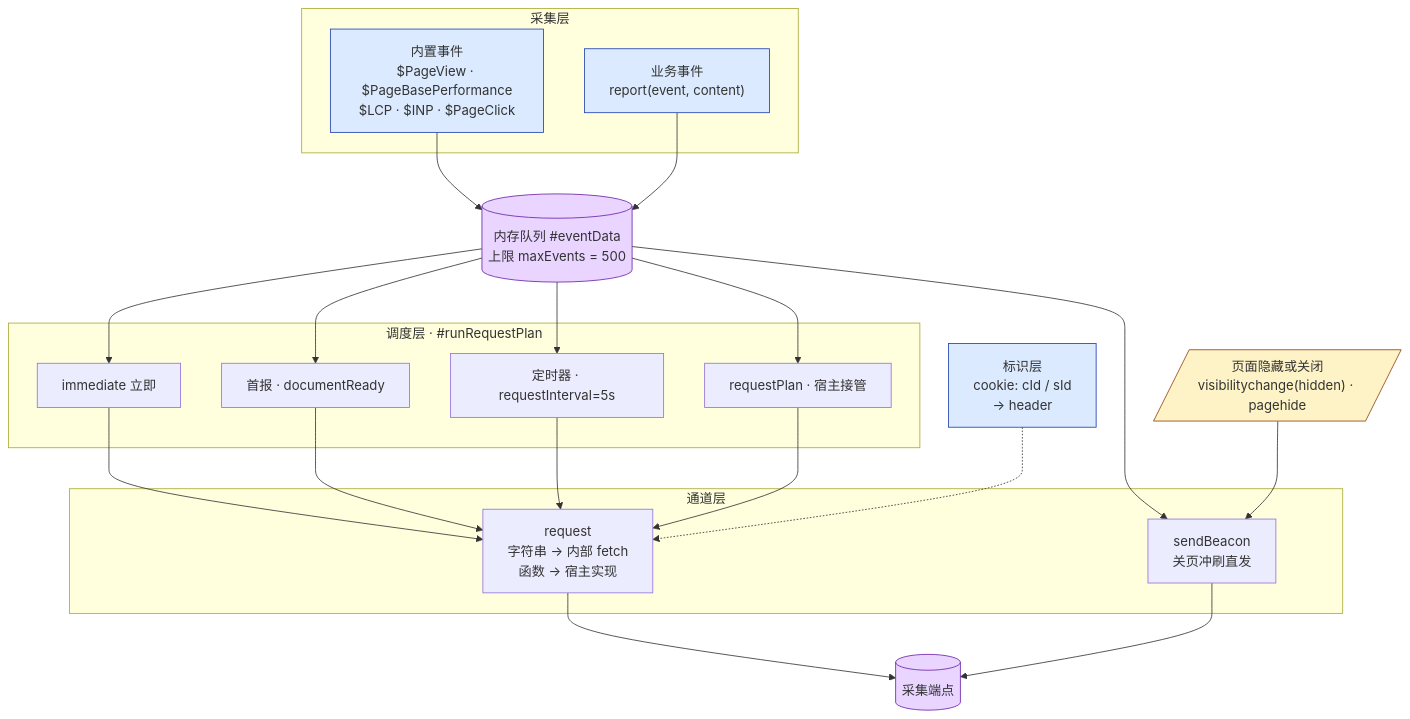
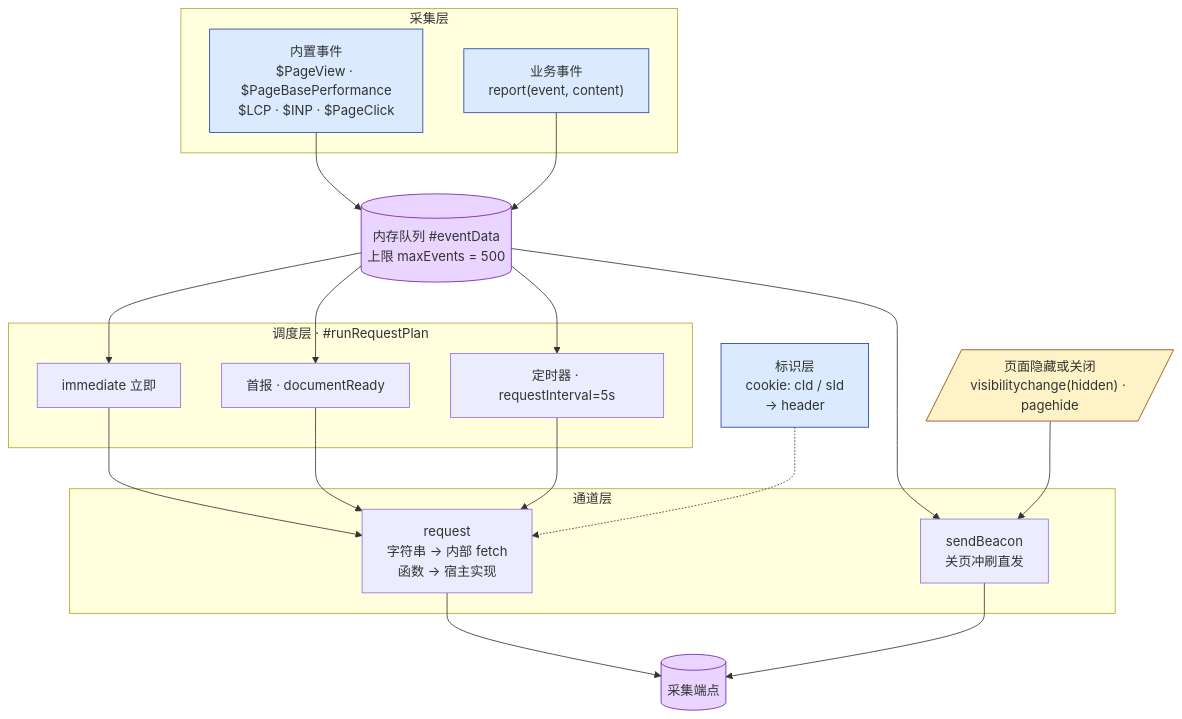
The first of 4 diagrams in docs/design.md (openeuler-mirror/opendesign-analytics), drawn with Mermaid before and after one commit. The commit also changed other lines of this file and 3 other files, not shown here.

````diff
--- a/docs/design.md
+++ b/docs/design.md
@@ -45,42 +45,41 @@
 ```mermaid
 flowchart TB
     subgraph collect["采集层"]
         INNER["内置事件<br/>$PageView · $PageBasePerformance<br/>$LCP · $INP · $PageClick"]
         BIZ["业务事件<br/>report(event, content)"]
     end
 
     QUEUE[("内存队列 #eventData<br/>上限 maxEvents = 500")]
 
     subgraph schedule["调度层 · #runRequestPlan"]
         IMM["immediate 立即"]
         FIRST["首报 · documentReady"]
         TIMER["定时器 · requestInterval=5s"]
-        PLAN["requestPlan · 宿主接管"]
     end
 
     subgraph channel["通道层"]
         REQ["request<br/>字符串 → 内部 fetch<br/>函数 → 宿主实现"]
         BEACON["sendBeacon<br/>关页冲刷直发"]
     end
 
     ID["标识层<br/>cookie: cId / sId<br/>→ header"]
     ENDPOINT[("采集端点")]
     PAGEEND[/"页面隐藏或关闭<br/>visibilitychange(hidden) · pagehide"/]
 
     INNER --> QUEUE
     BIZ --> QUEUE
-    QUEUE --> IMM & FIRST & TIMER & PLAN
-    IMM & FIRST & TIMER & PLAN --> REQ
+    QUEUE --> IMM & FIRST & TIMER
+    IMM & FIRST & TIMER --> REQ
     QUEUE --> BEACON
     PAGEEND --> BEACON
     REQ --> ENDPOINT
     BEACON --> ENDPOINT
     ID -.-> REQ
 
     classDef layer fill:#dbeafe,stroke:#1e40af
     classDef store fill:#e9d5ff,stroke:#6b21a8
     classDef trigger fill:#fef3c7,stroke:#92400e
     class INNER,BIZ,ID layer
     class QUEUE,ENDPOINT store
     class PAGEEND trigger
 ```
````
